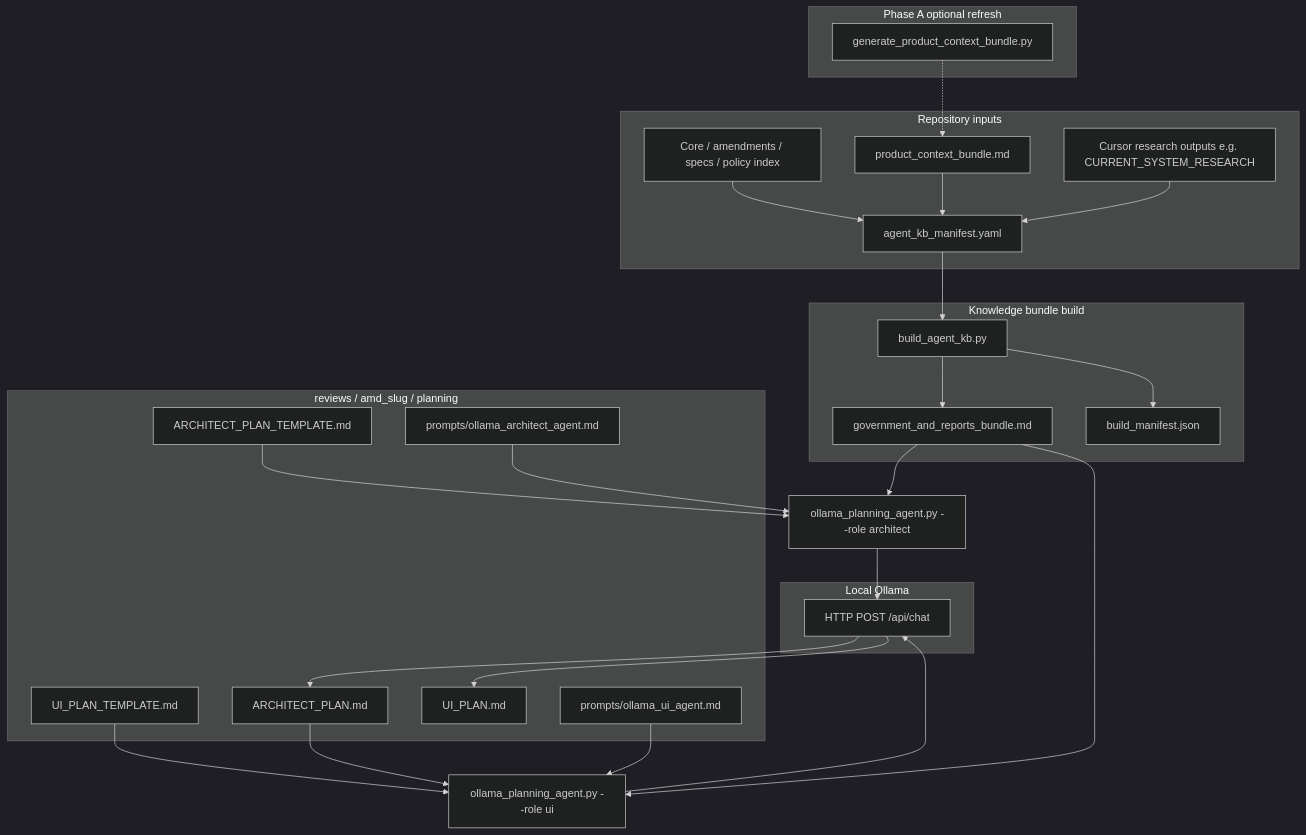
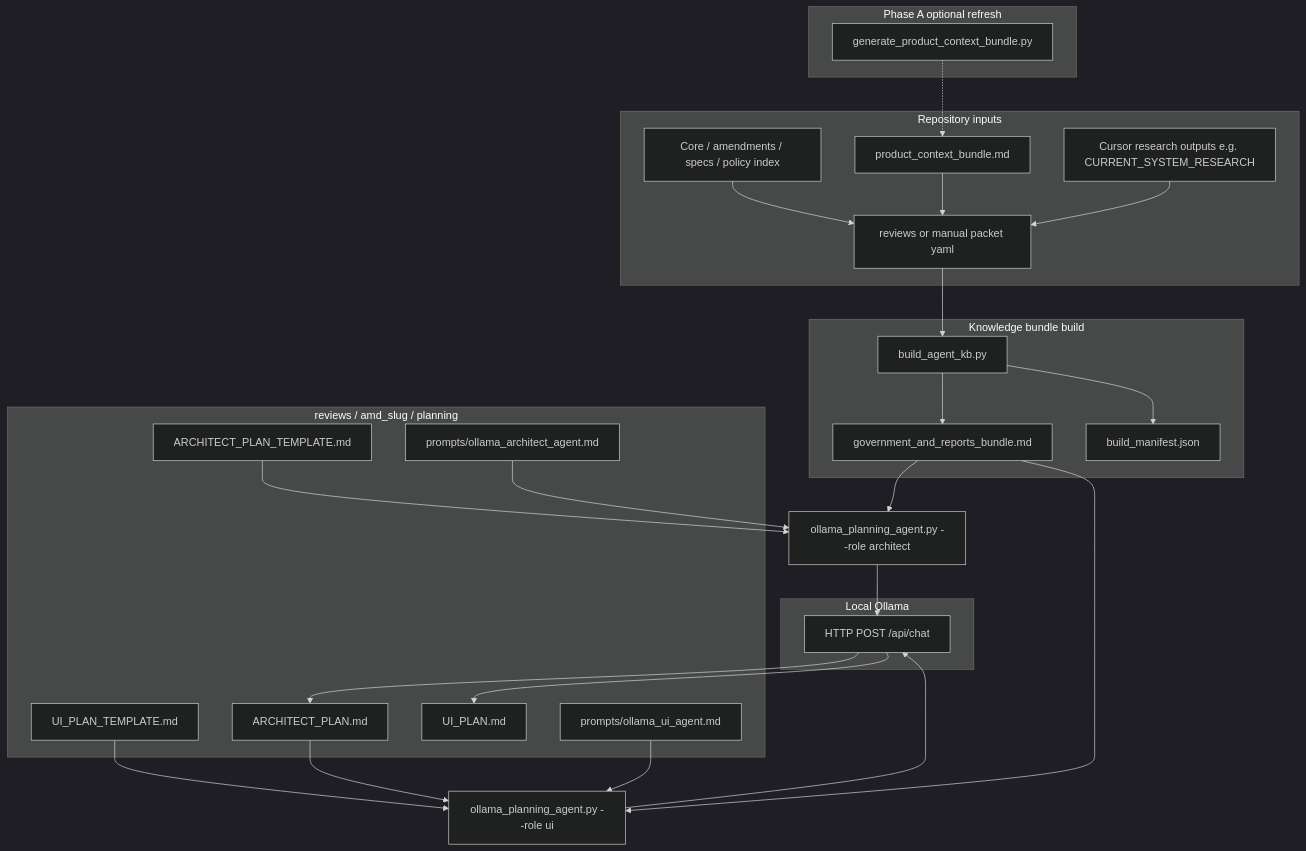
One commit to gateway-global-ai/aios-governing-docs changed the first of 2 diagrams in reference/knowledge_base/agents/README.md. Above: the diagram before and after it, drawn with Mermaid (dark theme). The commit also changed other lines of this file and 1452 other files, not shown here.

````diff
--- a/reference/knowledge_base/agents/README.md
+++ b/reference/knowledge_base/agents/README.md
@@ -42,54 +96,54 @@
 ```mermaid
 flowchart TB
   subgraph inputs [Repository inputs]
-    M[agent_kb_manifest.yaml]
+    M[reviews or manual packet yaml]
     GD[Core / amendments / specs / policy index]
     PS[product_context_bundle.md]
     RS[Cursor research outputs e.g. CURRENT_SYSTEM_RESEARCH]
   end
 
   subgraph phaseA [Phase A optional refresh]
     GEN[generate_product_context_bundle.py]
   end
 
   subgraph kb [Knowledge bundle build]
     B[build_agent_kb.py]
     CORP[government_and_reports_bundle.md]
     META[build_manifest.json]
   end
 
   subgraph ollama [Local Ollama]
     API["HTTP POST /api/chat"]
   end
 
   subgraph planning [reviews / amd_slug / planning]
     TPL_A[ARCHITECT_PLAN_TEMPLATE.md]
     TPL_U[UI_PLAN_TEMPLATE.md]
     OUT_A[ARCHITECT_PLAN.md]
     OUT_U[UI_PLAN.md]
     SYS_A[prompts/ollama_architect_agent.md]
     SYS_U[prompts/ollama_ui_agent.md]
   end
 
   GD --> M
   PS --> M
   RS --> M
   M --> B
   B --> CORP
   B --> META
 
   GEN -.-> PS
 
   CORP --> P_ARCH[ollama_planning_agent.py --role architect]
   TPL_A --> P_ARCH
   SYS_A --> P_ARCH
   P_ARCH --> API
   API --> OUT_A
 
   OUT_A --> P_UI[ollama_planning_agent.py --role ui]
   CORP --> P_UI
   TPL_U --> P_UI
   SYS_U --> P_UI
   P_UI --> API
   API --> OUT_U
 ```
````
